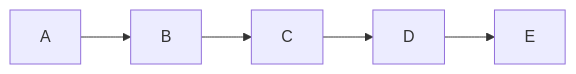
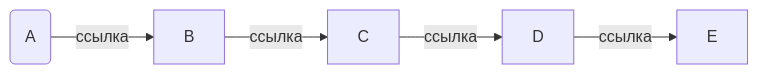
Before and after one commit to hamster-i/list: the diagram in README.md, drawn with Mermaid.

````diff
--- a/README.md
+++ b/README.md
@@ -7,4 +7,4 @@
    ```mermaid
    graph LR;
-    A-->B-->C-->D-->E;
+    В(A)--ссылка-->B--ссылка-->C--ссылка-->D--ссылка-->E;
    ```
````
